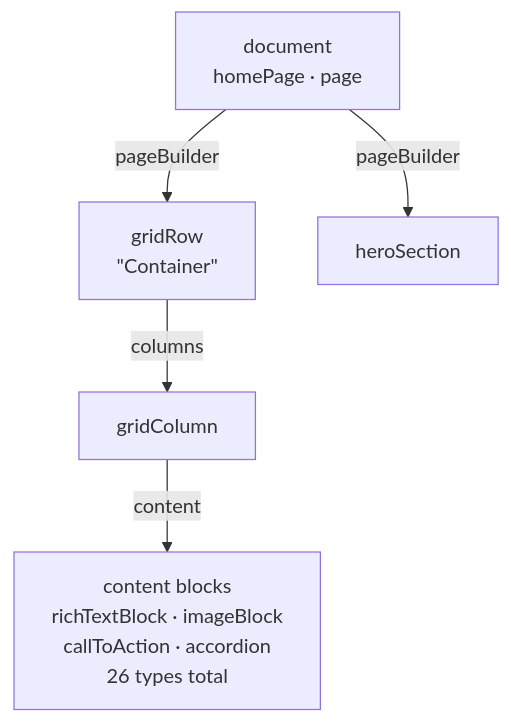
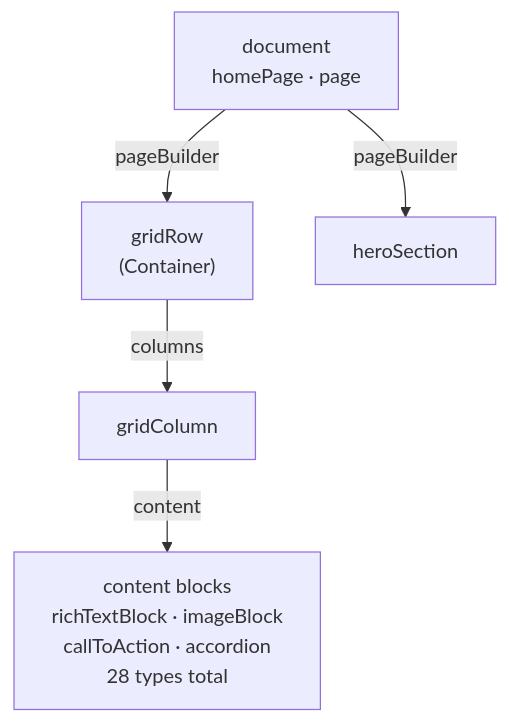
One commit to rjimenez-rrd/sanity-astro-template changed the second of 3 diagrams in ARCHITECTURE.md. Above: the diagram before and after it, drawn with Mermaid. The commit also changed other lines of this file and 8 other files, not shown here.

Commit message:
fix: update project references from Next.js to Astro and correct content block counts

````diff
--- a/ARCHITECTURE.md
+++ b/ARCHITECTURE.md
@@ -55,7 +55,7 @@
 ```mermaid
 flowchart TD
-  DOC[document<br/>homePage · page] -->|pageBuilder| ROW[gridRow<br/>&quot;Container&quot;]
+  DOC[document<br/>homePage · page] -->|pageBuilder| ROW["gridRow<br/>(Container)"]
   DOC -->|pageBuilder| HERO[heroSection]
   ROW -->|columns| COL[gridColumn]
-  COL -->|content| BLK[content blocks<br/>richTextBlock · imageBlock<br/>callToAction · accordion<br/>26 types total]
+  COL -->|content| BLK[content blocks<br/>richTextBlock · imageBlock<br/>callToAction · accordion<br/>28 types total]
 ```
````
